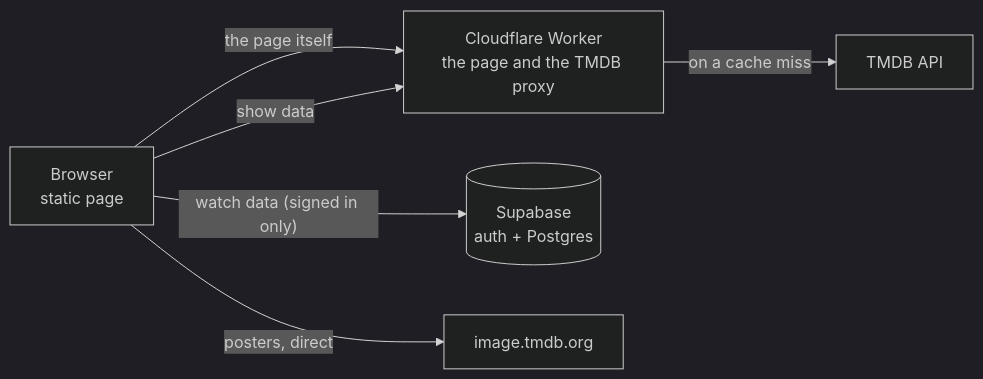
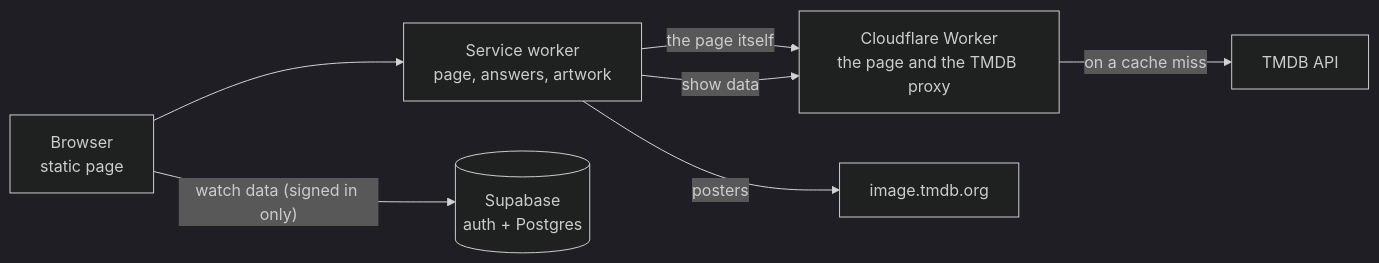
The diagram in architecture/README.md (smaspe/onair), drawn with Mermaid (dark theme) before and after one commit. The commit also changed other lines of this file and 23 other files, not shown here.

````diff
--- a/architecture/README.md
+++ b/architecture/README.md
@@ -12,14 +11,16 @@
 ```mermaid
 flowchart LR
   browser["Browser<br/>static page"]
   worker["Cloudflare Worker<br/>the page and the TMDB proxy"]
+  sw["Service worker<br/>page, answers, artwork"]
   supabase[("Supabase<br/>auth + Postgres")]
   tmdb["TMDB API"]
   images["image.tmdb.org"]
 
-  browser -->|"the page itself"| worker
-  browser -->|"show data"| worker
+  browser --> sw
+  sw -->|"the page itself"| worker
+  sw -->|"show data"| worker
   worker -->|"on a cache miss"| tmdb
   browser -->|"watch data (signed in only)"| supabase
-  browser -->|"posters, direct"| images
+  sw -->|"posters"| images
 ```
````
